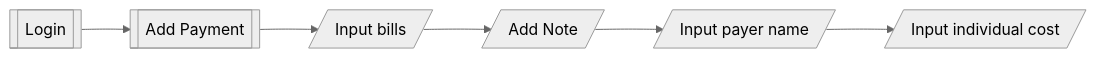
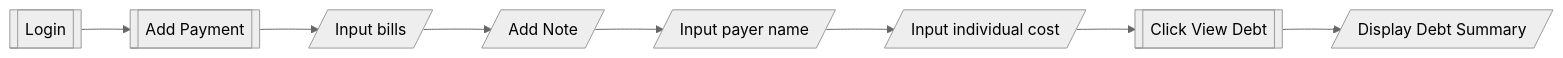
One commit to Skyquek/Trip-Bill-Management-System changed the first of 2 diagrams in mini-project/Readme.md. Above: the diagram before and after it, drawn with Mermaid (neutral theme). The commit also changed 1 other file, not shown here.

Commit message:
Update incomplete flow chart

````diff
--- a/mini-project/Readme.md
+++ b/mini-project/Readme.md
@@ -19,6 +19,7 @@
 ```mermaid
 flowchart LR
     id1[[Login]] --> id2[[Add Payment]]
     --> id3[/Input bills/] --> id4[/Add Note/]
     --> id5[/Input payer name/] --> id6[/Input individual cost/]
+    --> id7[[Click View Debt]] --> id8[/Display Debt Summary/]
 ``` 
````
